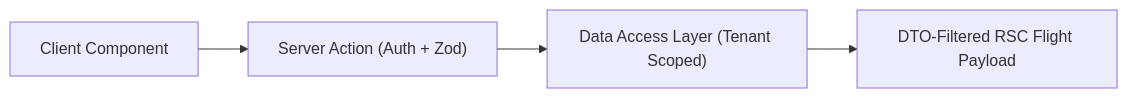
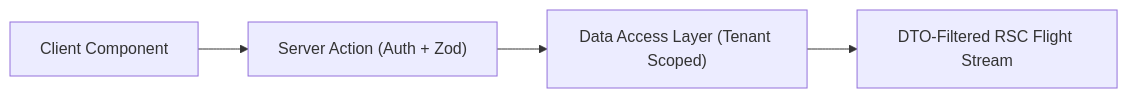
Before and after one commit to zahidoverflow/viperclaw: the diagram in skills/viper-nextjs-react-rsc/SKILL.md, drawn with Mermaid. The commit also changed other lines of this file and 59 other files, not shown here.

````diff
--- a/skills/viper-nextjs-react-rsc/SKILL.md
+++ b/skills/viper-nextjs-react-rsc/SKILL.md
@@ -16,4 +16,4 @@
 ```mermaid
 flowchart LR
-  Browser["Client Component"] --> Action["Server Action (Auth + Zod)"] --> DAL["Data Access Layer (Tenant Scoped)"] --> RSC["DTO-Filtered RSC Flight Payload"]
+  Browser["Client Component"] --> Action["Server Action (Auth + Zod)"] --> DAL["Data Access Layer (Tenant Scoped)"] --> RSC["DTO-Filtered RSC Flight Stream"]
 ```
````
